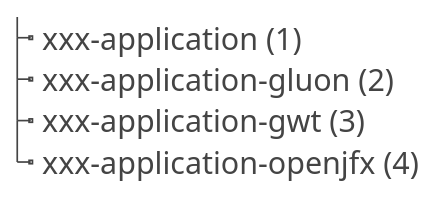
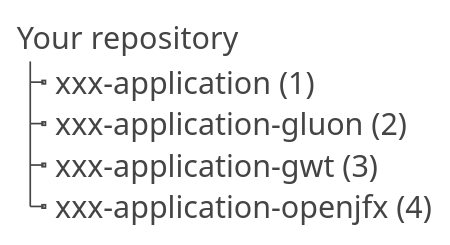
The third of 5 diagrams in src/main/asciidoc/WebFX.adoc (webfx-project/webfx-docs), drawn with PlantUML before and after one commit. The commit also changed other lines of this file, not shown here.

Commit message:
Added some text and graphic in the introduction section.

```diff
--- a/src/main/asciidoc/WebFX.adoc
+++ b/src/main/asciidoc/WebFX.adoc
@@ -80,15 +96,16 @@
 [plantuml, format=svg, opts="inline"]
 ----
 skinparam Legend {
 	BackgroundColor transparent
 	BorderColor transparent
     FontSize 18
     FontColor #444
 }
 legend
+Your repository
 |_ xxx-application (1)
 |_ xxx-application-gluon (2)
 |_ xxx-application-gwt (3)
 |_ xxx-application-openjfx (4)
 end legend
 ----
```
